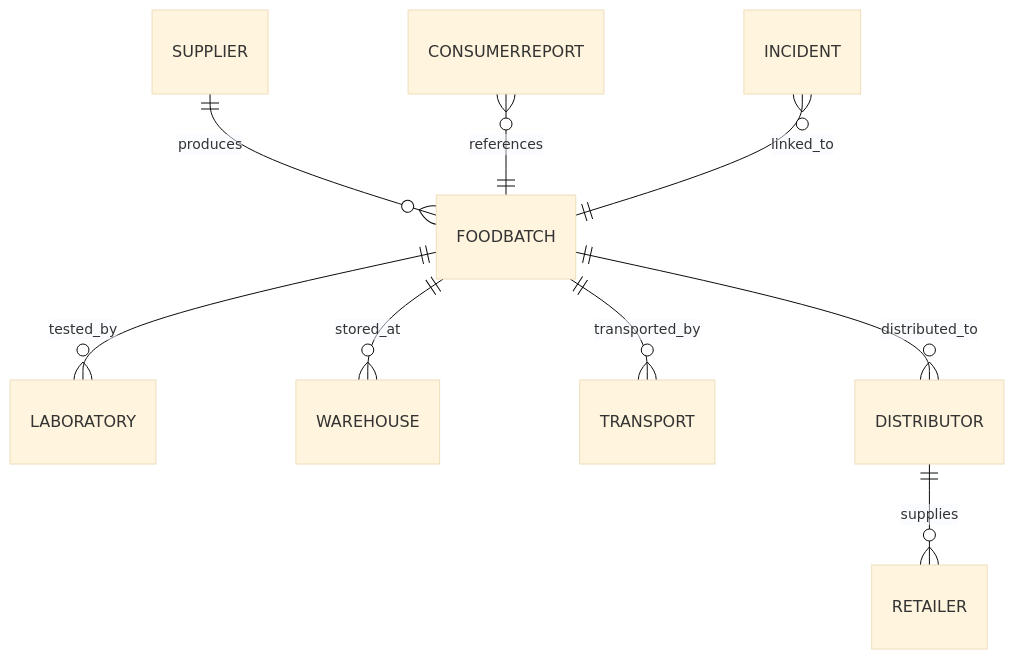
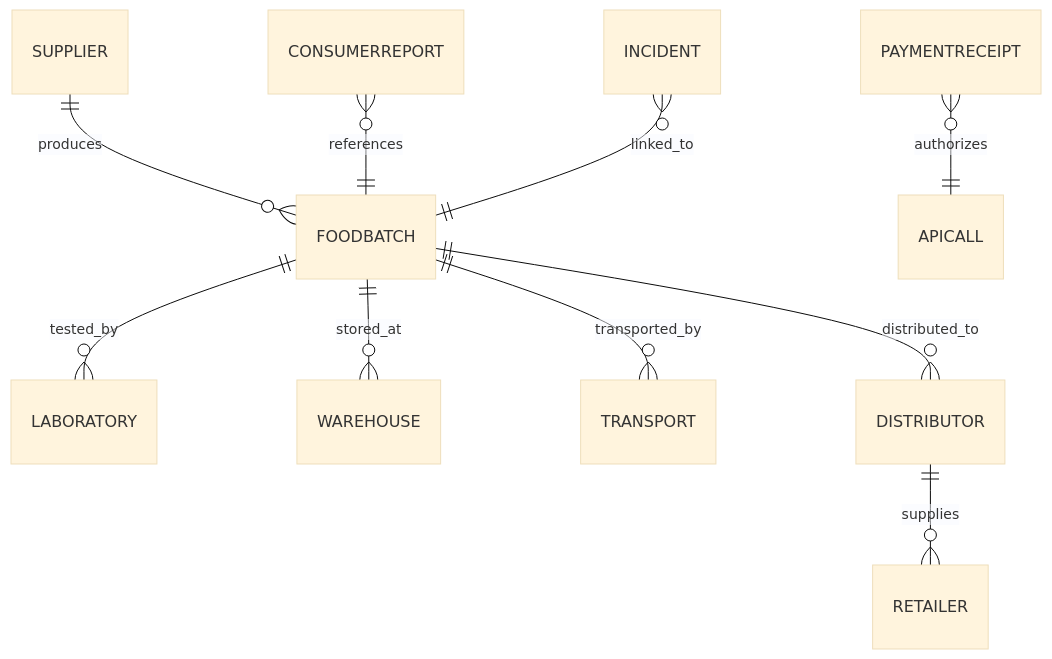
Before and after one commit to codeejb/Foodguard: diagram 12 of 16 in README.md, drawn with Mermaid (base theme). The commit also changed other lines of this file, not shown here.

````diff
--- a/README.md
+++ b/README.md
@@ -349,11 +361,12 @@
 ```mermaid
 erDiagram
     SUPPLIER ||--o{ FOODBATCH : produces
     FOODBATCH ||--o{ LABORATORY : tested_by
     FOODBATCH ||--o{ WAREHOUSE : stored_at
     FOODBATCH ||--o{ TRANSPORT : transported_by
     FOODBATCH ||--o{ DISTRIBUTOR : distributed_to
     DISTRIBUTOR ||--o{ RETAILER : supplies
     CONSUMERREPORT }o--|| FOODBATCH : references
     INCIDENT }o--|| FOODBATCH : linked_to
+    PAYMENTRECEIPT }o--|| APICALL : authorizes
 ```
````
